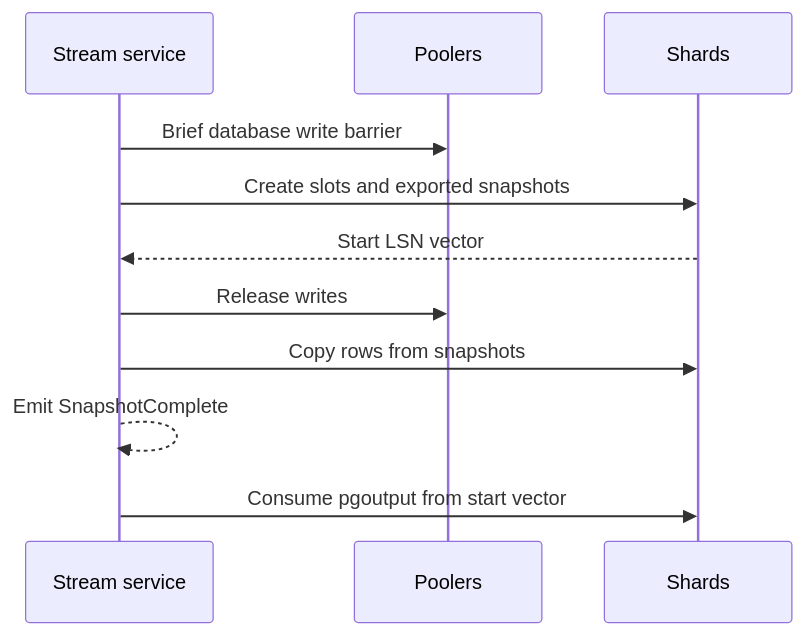
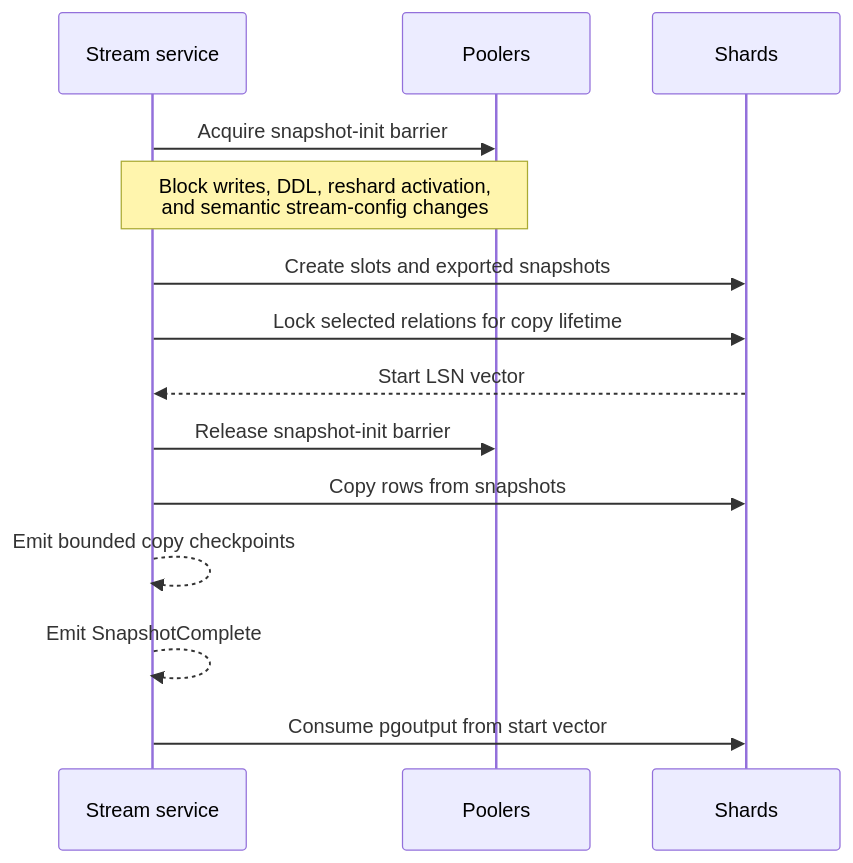
One commit to andrew01234567890/pgshard changed the diagram in website/docs/concepts/change-streams.md. Above: the diagram before and after it, drawn with Mermaid. The commit also changed other lines of this file and 19 other files, not shown here.

````diff
--- a/website/docs/concepts/change-streams.md
+++ b/website/docs/concepts/change-streams.md
@@ -40,13 +74,16 @@
 ```mermaid
 sequenceDiagram
   participant G as Stream service
   participant P as Poolers
   participant S as Shards
-  G->>P: Brief database write barrier
+  G->>P: Acquire snapshot-init barrier
+  Note over P,G: Block writes, DDL, reshard activation,<br/>and semantic stream-config changes
   G->>S: Create slots and exported snapshots
+  G->>S: Lock selected relations for copy lifetime
   S-->>G: Start LSN vector
-  G->>P: Release writes
+  G->>P: Release snapshot-init barrier
   G->>S: Copy rows from snapshots
+  G-->>G: Emit bounded copy checkpoints
   G-->>G: Emit SnapshotComplete
   G->>S: Consume pgoutput from start vector
 ```
````
